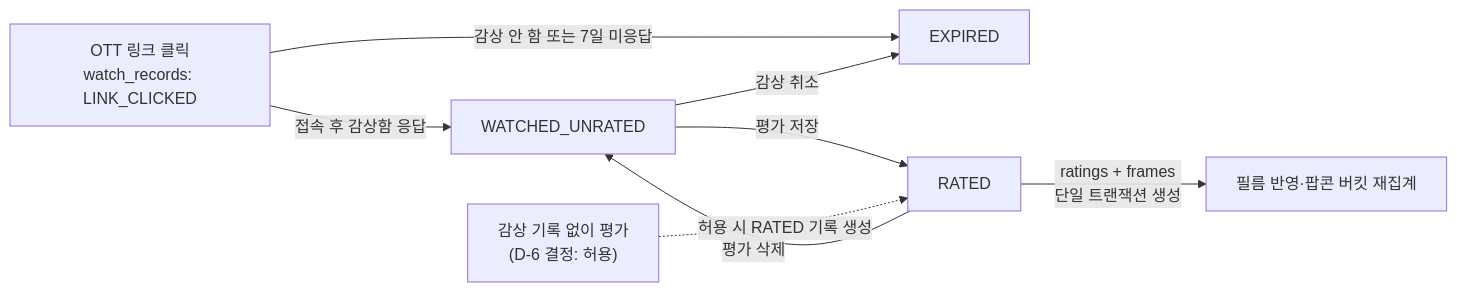
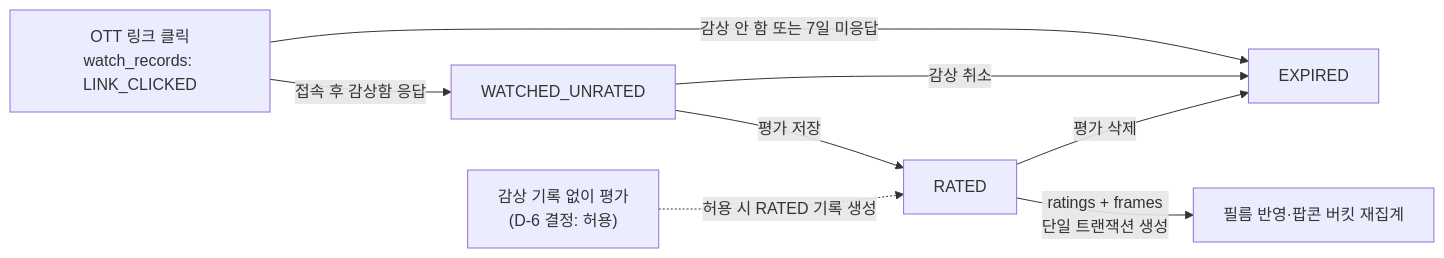
Before and after one commit to koongya-studio/feelm: the eighth of 8 diagrams in docs/erd.md, drawn with Mermaid. The commit also changed other lines of this file and 17 other files, not shown here.

````diff
--- a/docs/erd.md
+++ b/docs/erd.md
@@ -527,10 +527,10 @@
 ```mermaid
 flowchart LR
     A["OTT 링크 클릭<br/>watch_records: LINK_CLICKED"] -->|접속 후 감상함 응답| B["WATCHED_UNRATED"]
     A -->|감상 안 함 또는 7일 미응답| X["EXPIRED"]
     B -->|감상 취소| X
     B -->|평가 저장| C["RATED"]
     C -->|ratings + frames<br/>단일 트랜잭션 생성| D["필름 반영·팝콘 버킷 재집계"]
-    C -->|평가 삭제| B
+    C -->|평가 삭제| X
     S["감상 기록 없이 평가<br/>(D-6 결정: 허용)"] -.->|허용 시 RATED 기록 생성| C
 ```
````
